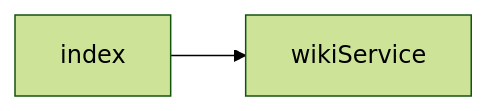
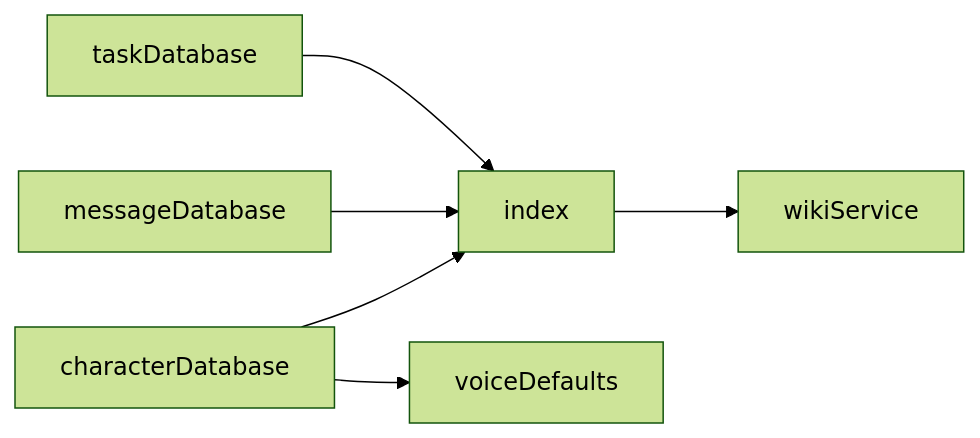
Before and after one commit to equationalapplications/clanker: the diagram in docs/flowcharts/DATABASE.md, drawn with Mermaid (forest theme). The commit also changed 24 other files, not shown here.

````diff
--- a/docs/flowcharts/DATABASE.md
+++ b/docs/flowcharts/DATABASE.md
@@ -4,4 +4,8 @@
 ```mermaid
 graph LR
+  characterDatabase --> index
+  characterDatabase --> voiceDefaults
   index --> wikiService
+  messageDatabase --> index
+  taskDatabase --> index
 ```
````
